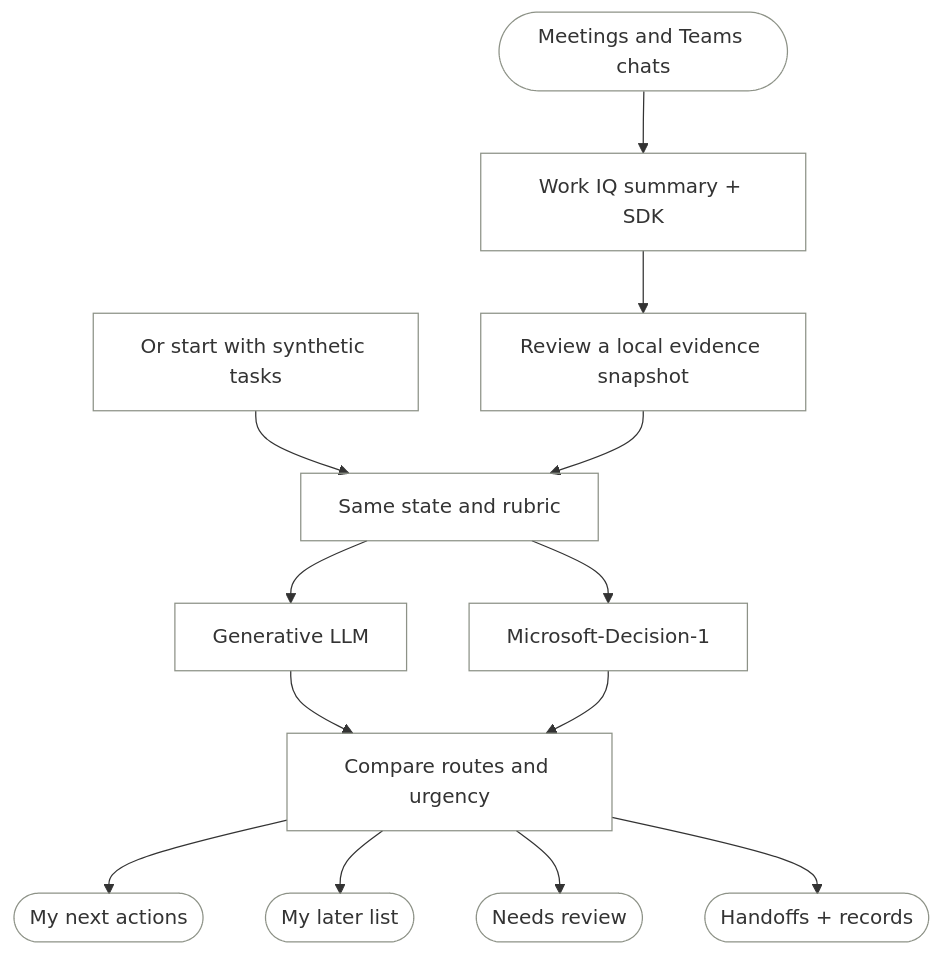
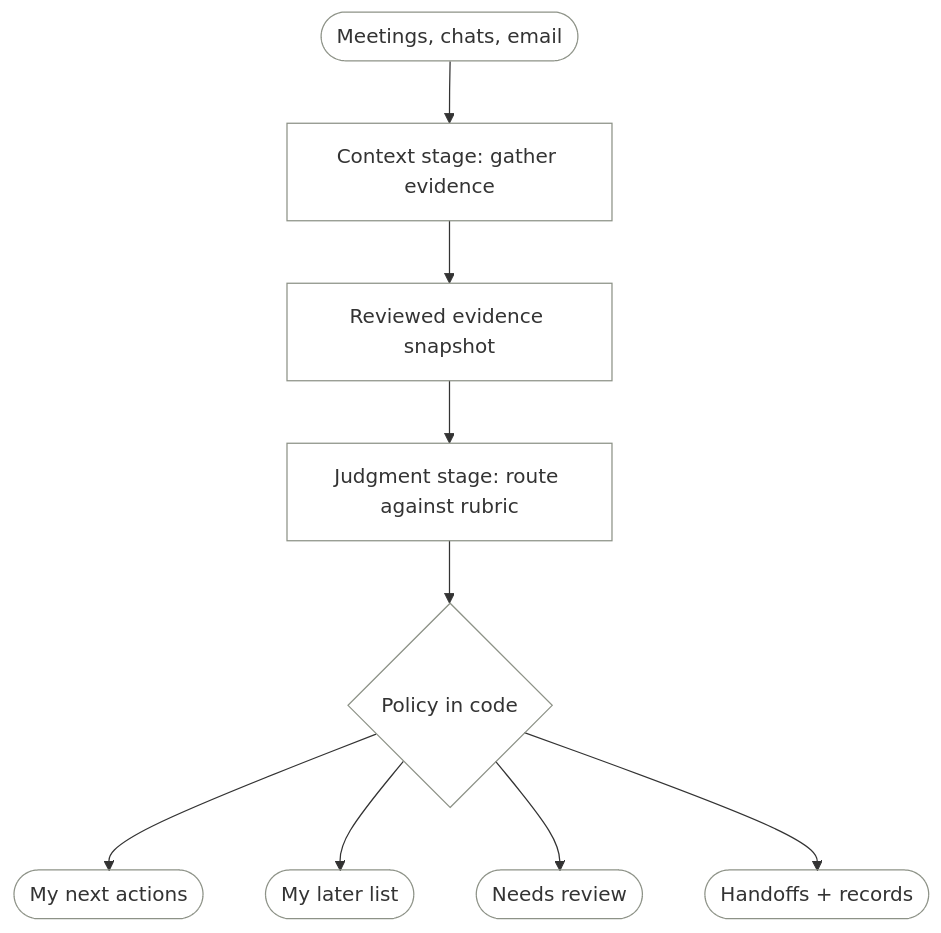
One commit to ragmha/raghib.io changed the diagram in src/content/writing/not-every-action-item-is-mine.mdx. Above: the diagram before and after it, drawn with Mermaid. The commit also changed other lines of this file and 43 other files, not shown here.

````diff
--- a/src/content/writing/not-every-action-item-is-mine.mdx
+++ b/src/content/writing/not-every-action-item-is-mine.mdx
@@ -81,18 +72,14 @@
 ```mermaid
 flowchart TD
-    accTitle: Meeting context to a reviewed to-do list
-    accDescr: Work IQ and the Copilot SDK produce a reviewed evidence snapshot. The same snapshot, or synthetic tasks, goes to an LLM and Decision-1. Their proposals are compared before separating personal work, later work, uncertain items, handoffs and recorded decisions.
-    sources(["Meetings and Teams chats"]) --> workiq["Work IQ summary + SDK"]
-    workiq --> review["Review a local evidence snapshot"]
-    sample["Or start with synthetic tasks"] --> compare
-    review --> compare["Same state and rubric"]
-    compare --> llm["Generative LLM"]
-    compare --> d1["Microsoft-Decision-1"]
-    llm --> report["Compare routes and urgency"]
-    d1 --> report
-    report --> mine(["My next actions"])
-    report --> later(["My later list"])
-    report --> check(["Needs review"])
-    report --> elsewhere(["Handoffs + records"])
+    accTitle: Finding work separately from judging it
+    accDescr: Meetings, chats and email feed a context stage that writes a reviewed evidence snapshot. A judgment stage routes each item against a fixed rubric, and a small policy in code sorts proposals into my next actions, my later list, needs review, and handoffs and records.
+    sources(["Meetings, chats, email"]) --> context["Context stage: gather evidence"]
+    context --> snapshot["Reviewed evidence snapshot"]
+    snapshot --> judge["Judgment stage: route against rubric"]
+    judge --> policy{"Policy in code"}
+    policy --> mine(["My next actions"])
+    policy --> later(["My later list"])
+    policy --> check(["Needs review"])
+    policy --> elsewhere(["Handoffs + records"])
     classDef default fill:transparent,stroke:#8d9287
 ```
````
